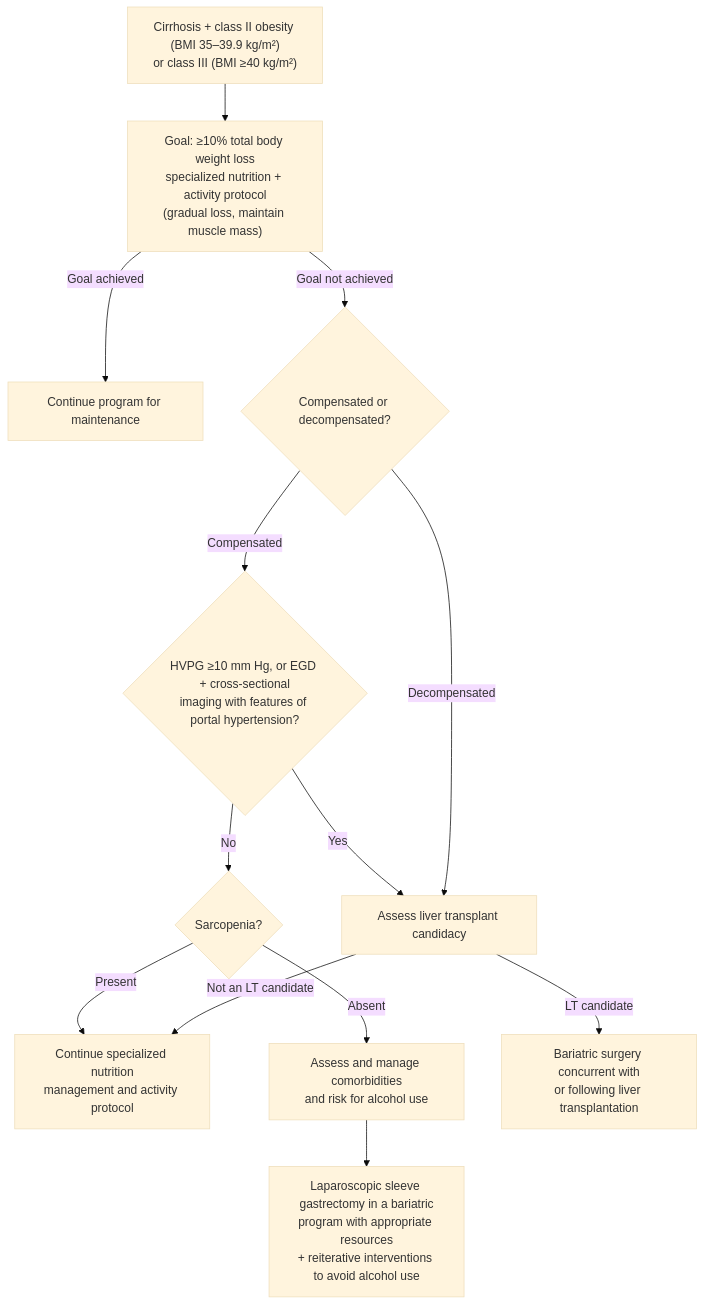
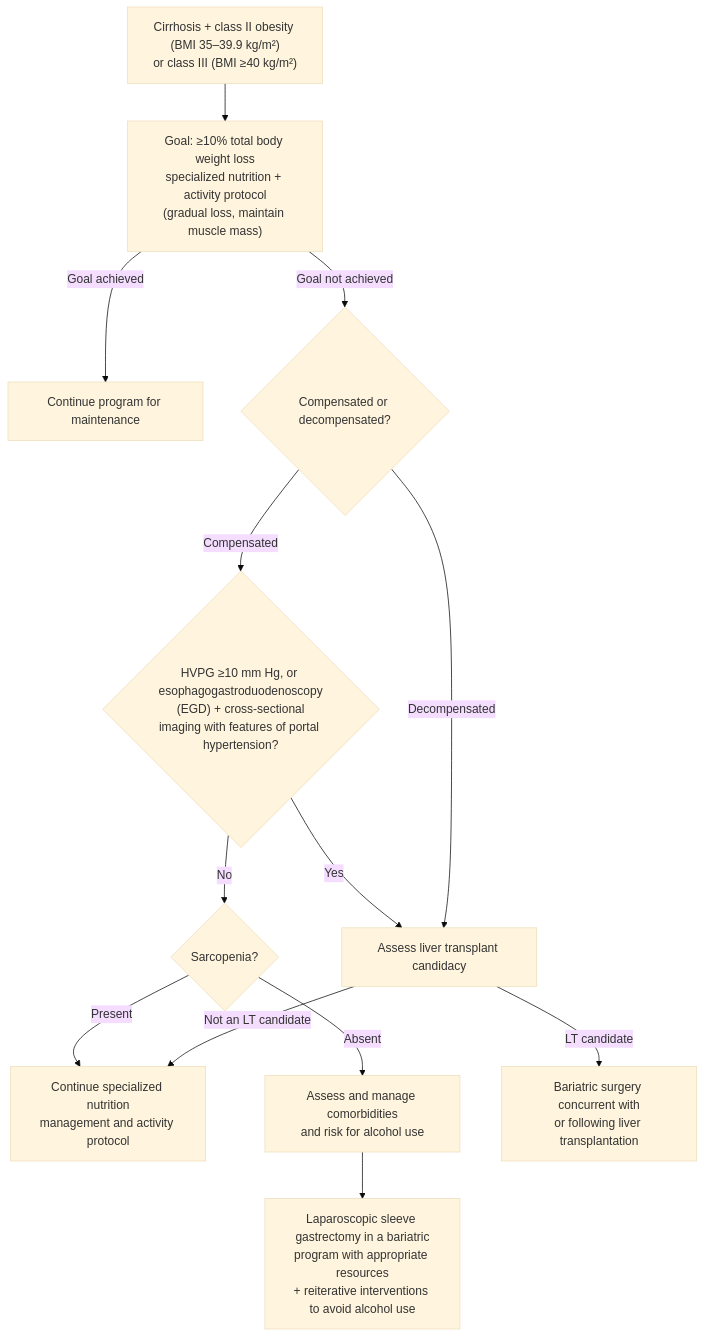
Before and after one commit to KHNickLeMD/KHNL-GI-Wiki: the diagram in KHNL-GI-Wiki/wiki/4-advanced-gi-procedures/foregut-and-motility-procedures/bariatric-surgery.md, drawn with Mermaid (base theme). The commit also changed other lines of this file and 620 other files, not shown here.

````diff
--- a/KHNL-GI-Wiki/wiki/4-advanced-gi-procedures/foregut-and-motility-procedures/bariatric-surgery.md
+++ b/KHNL-GI-Wiki/wiki/4-advanced-gi-procedures/foregut-and-motility-procedures/bariatric-surgery.md
@@ -111,15 +111,15 @@
 ```mermaid
 flowchart TD
     A["Cirrhosis + class II obesity (BMI 35–39.9 kg/m²)<br/>or class III (BMI ≥40 kg/m²)"] --> B["Goal: ≥10% total body weight loss<br/>specialized nutrition + activity protocol<br/>(gradual loss, maintain muscle mass)"]
     B -->|"Goal achieved"| C["Continue program for maintenance"]
     B -->|"Goal not achieved"| D{"Compensated or decompensated?"}
-    D -->|"Compensated"| E{"HVPG ≥10 mm Hg, or EGD + cross-sectional<br/>imaging with features of portal hypertension?"}
+    D -->|"Compensated"| E{"HVPG ≥10 mm Hg, or esophagogastroduodenoscopy<br/>(EGD) + cross-sectional<br/>imaging with features of portal hypertension?"}
     E -->|"Yes"| F["Assess liver transplant candidacy"]
     E -->|"No"| G{"Sarcopenia?"}
     G -->|"Present"| K["Continue specialized nutrition<br/>management and activity protocol"]
     G -->|"Absent"| H["Assess and manage comorbidities<br/>and risk for alcohol use"]
     H --> I["Laparoscopic sleeve gastrectomy in a bariatric<br/>program with appropriate resources<br/>+ reiterative interventions to avoid alcohol use"]
     D -->|"Decompensated"| F
     F -->|"LT candidate"| J["Bariatric surgery concurrent with<br/>or following liver transplantation"]
     F -->|"Not an LT candidate"| K
 ```
````
